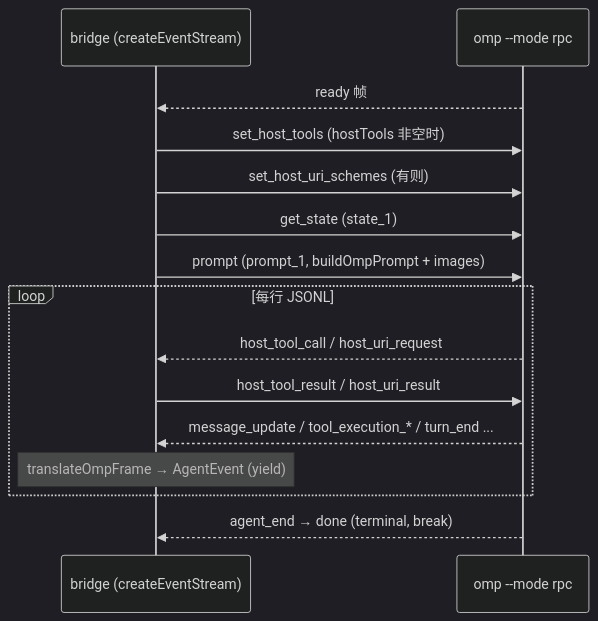
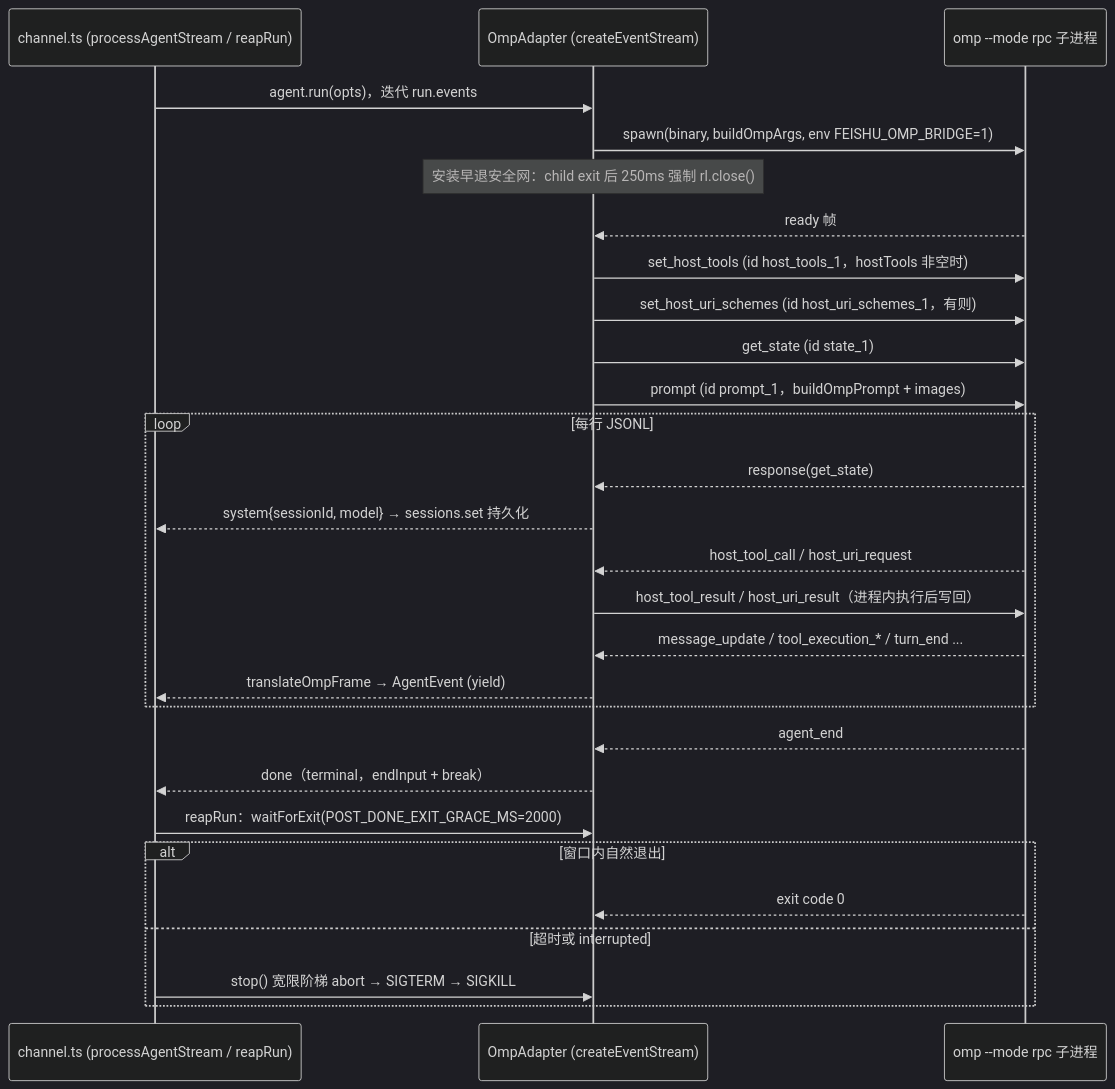
Before and after one commit to sorphwer/feishu-omp-bridge: the first of 2 diagrams in how-it-works/02-agent-adapter-and-omp.md, drawn with Mermaid (dark theme). The commit also changed other lines of this file and 12 other files, not shown here.

````diff
--- a/how-it-works/02-agent-adapter-and-omp.md
+++ b/how-it-works/02-agent-adapter-and-omp.md
@@ -158,17 +159,30 @@
 ```mermaid
 sequenceDiagram
-  participant B as bridge (createEventStream)
-  participant O as omp --mode rpc
+  participant C as channel.ts (processAgentStream / reapRun)
+  participant B as OmpAdapter (createEventStream)
+  participant O as omp --mode rpc 子进程
+  C->>B: agent.run(opts)，迭代 run.events
+  B->>O: spawn(binary, buildOmpArgs, env FEISHU_OMP_BRIDGE=1)
+  Note over B: 安装早退安全网：child exit 后 250ms 强制 rl.close()
   O-->>B: ready 帧
-  B->>O: set_host_tools (hostTools 非空时)
-  B->>O: set_host_uri_schemes (有则)
-  B->>O: get_state (state_1)
-  B->>O: prompt (prompt_1, buildOmpPrompt + images)
+  B->>O: set_host_tools (id host_tools_1，hostTools 非空时)
+  B->>O: set_host_uri_schemes (id host_uri_schemes_1，有则)
+  B->>O: get_state (id state_1)
+  B->>O: prompt (id prompt_1，buildOmpPrompt + images)
   loop 每行 JSONL
+    O-->>B: response(get_state)
+    B-->>C: system{sessionId, model} → sessions.set 持久化
     O-->>B: host_tool_call / host_uri_request
-    B->>O: host_tool_result / host_uri_result
+    B->>O: host_tool_result / host_uri_result（进程内执行后写回）
     O-->>B: message_update / tool_execution_* / turn_end ...
-    Note over B: translateOmpFrame → AgentEvent (yield)
+    B-->>C: translateOmpFrame → AgentEvent (yield)
   end
-  O-->>B: agent_end → done (terminal, break)
+  O-->>B: agent_end
+  B-->>C: done（terminal，endInput + break）
+  C->>B: reapRun：waitForExit(POST_DONE_EXIT_GRACE_MS=2000)
+  alt 窗口内自然退出
+    O-->>B: exit code 0
+  else 超时或 interrupted
+    C->>B: stop() 宽限阶梯 abort → SIGTERM → SIGKILL
+  end
 ```
````
